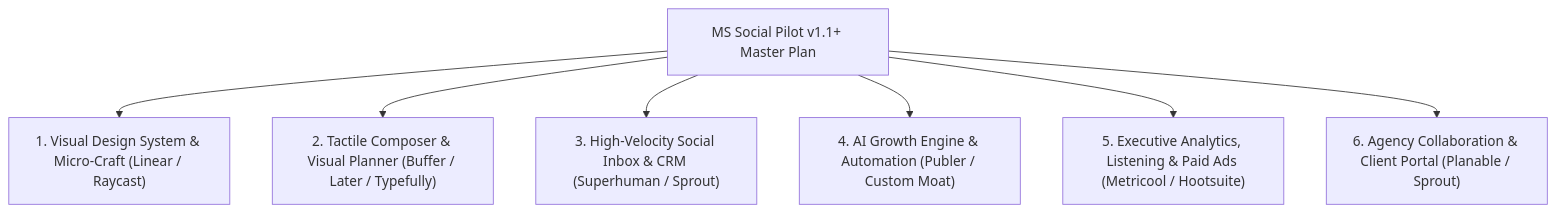
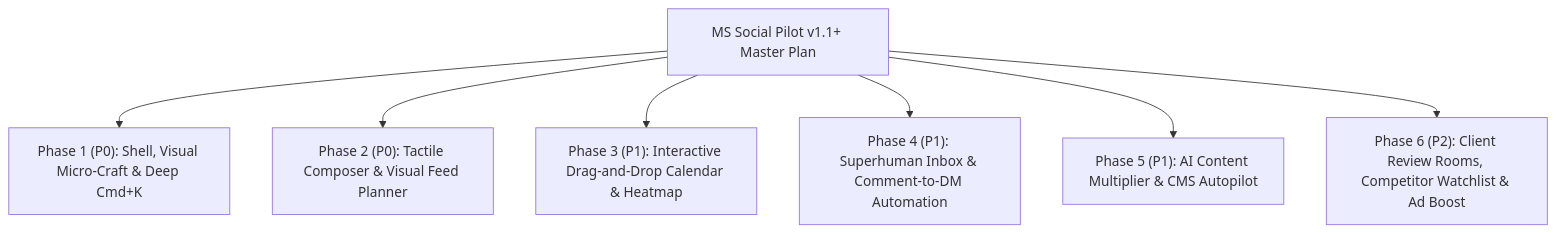
Before and after one commit to sebmouad/MS-Social-Pilot: the diagram in PLAN.md, drawn with Mermaid. The commit also changed other lines of this file and 58 other files, not shown here.

````diff
--- a/PLAN.md
+++ b/PLAN.md
@@ -9,9 +11,9 @@
 ```mermaid
 flowchart TD
-  ROOT["MS Social Pilot v1.1+ Master Plan"] --> P1["1. Visual Design System & Micro-Craft (Linear / Raycast)"]
-  ROOT --> P2["2. Tactile Composer & Visual Planner (Buffer / Later / Typefully)"]
-  ROOT --> P3["3. High-Velocity Social Inbox & CRM (Superhuman / Sprout)"]
-  ROOT --> P4["4. AI Growth Engine & Automation (Publer / Custom Moat)"]
-  ROOT --> P5["5. Executive Analytics, Listening & Paid Ads (Metricool / Hootsuite)"]
-  ROOT --> P6["6. Agency Collaboration & Client Portal (Planable / Sprout)"]
+  ROOT["MS Social Pilot v1.1+ Master Plan"] --> P1["Phase 1 (P0): Shell, Visual Micro-Craft & Deep Cmd+K"]
+  ROOT --> P2["Phase 2 (P0): Tactile Composer & Visual Feed Planner"]
+  ROOT --> P3["Phase 3 (P1): Interactive Drag-and-Drop Calendar & Heatmap"]
+  ROOT --> P4["Phase 4 (P1): Superhuman Inbox & Comment-to-DM Automation"]
+  ROOT --> P5["Phase 5 (P1): AI Content Multiplier & CMS Autopilot"]
+  ROOT --> P6["Phase 6 (P2): Client Review Rooms, Competitor Watchlist & Ad Boost"]
 ```
````
